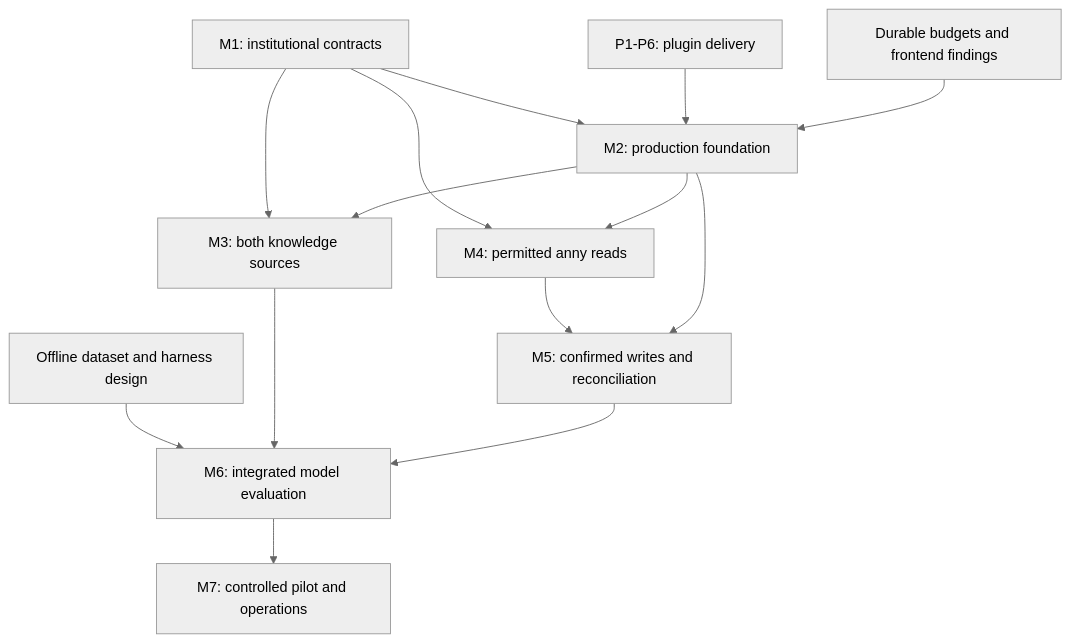
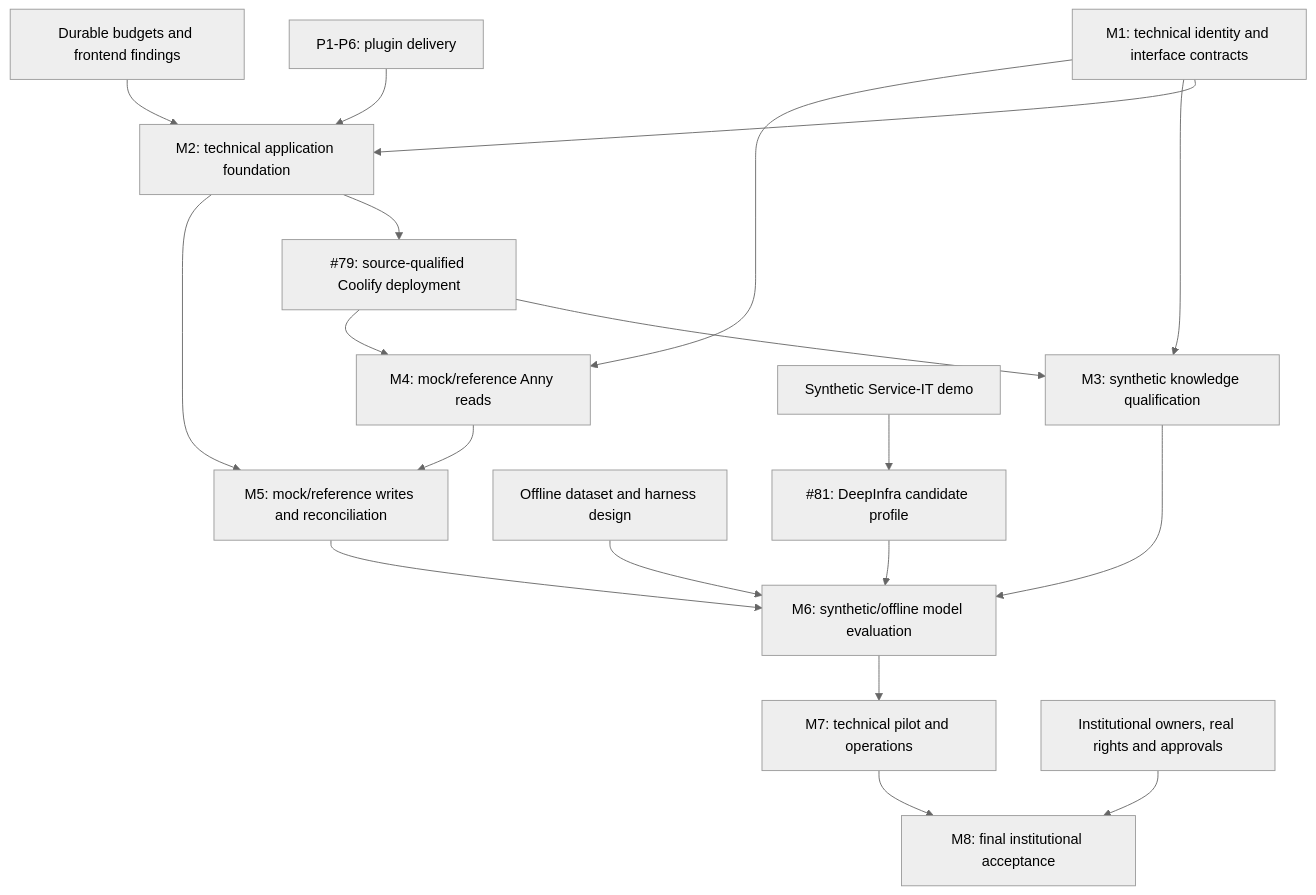
Before and after one commit to metaneutrons/HASI: the diagram in docs/plans/consolidated-delivery.md, drawn with Mermaid (neutral theme). The commit also changed other lines of this file and 138 other files, not shown here.

First line of the commit message:
feat(knowledge)!: add content adapters and a self-hosted synthetic pilot (#78)

````diff
--- a/docs/plans/consolidated-delivery.md
+++ b/docs/plans/consolidated-delivery.md
@@ -102,16 +156,21 @@
 ```mermaid
 flowchart TD
-    M1[M1: institutional contracts] --> M2[M2: production foundation]
+    M1[M1: technical identity and interface contracts] --> M2[M2: technical application foundation]
     P[P1-P6: plugin delivery] --> M2
     B[Durable budgets and frontend findings] --> M2
-    M1 --> M3[M3: both knowledge sources]
-    M1 --> M4[M4: permitted anny reads]
-    M2 --> M3
-    M2 --> M4
-    M4 --> M5[M5: confirmed writes and reconciliation]
+    M2 --> D79[#79: source-qualified Coolify deployment]
+    M1 --> M3[M3: synthetic knowledge qualification]
+    M1 --> M4[M4: mock/reference Anny reads]
+    D79 --> M3
+    D79 --> M4
+    M4 --> M5[M5: mock/reference writes and reconciliation]
     M2 --> M5
-    E[Offline dataset and harness design] --> M6[M6: integrated model evaluation]
+    E[Offline dataset and harness design] --> M6[M6: synthetic/offline model evaluation]
+    SI[Synthetic Service-IT demo] --> DI[#81: DeepInfra candidate profile]
+    DI --> M6
     M3 --> M6
     M5 --> M6
-    M6 --> M7[M7: controlled pilot and operations]
+    M6 --> M7[M7: technical pilot and operations]
+    M7 --> M8[M8: final institutional acceptance]
+    I[Institutional owners, real rights and approvals] --> M8
 ```
````
